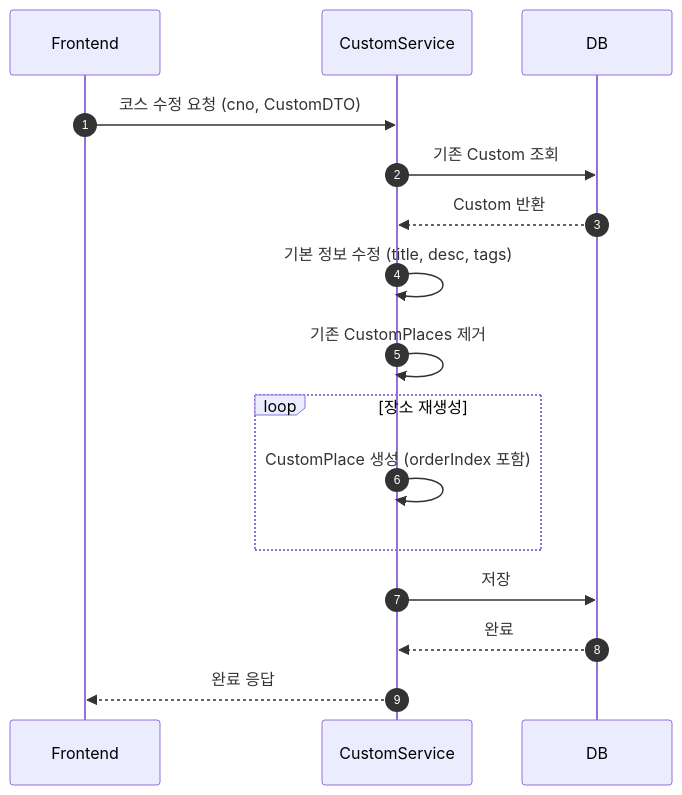
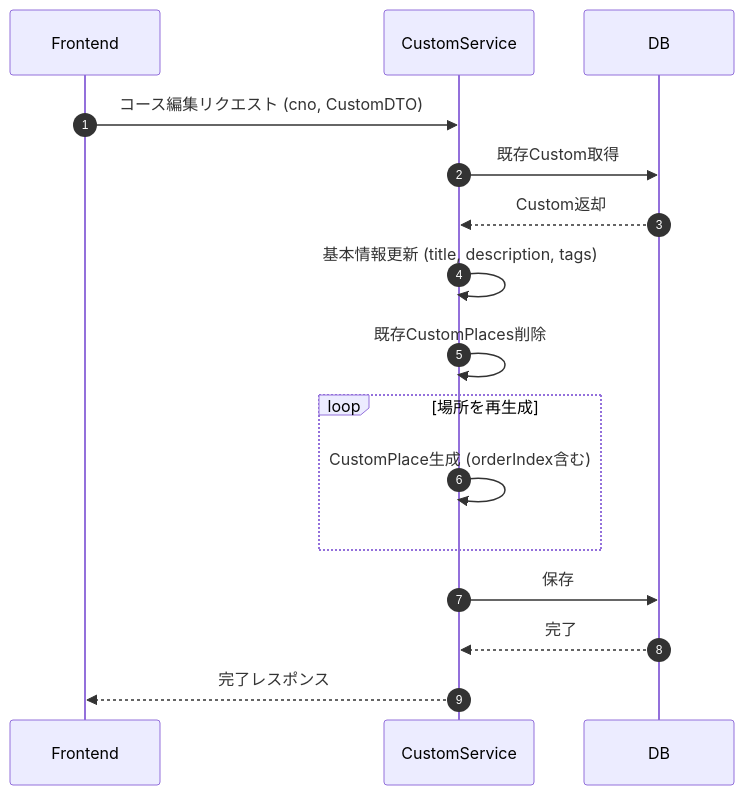
One commit to You-HyunHo/Final-Project changed the fourth of 10 diagrams in README_img/SEQUENCE.md. Above: the diagram before and after it, drawn with Mermaid. The commit also changed other lines of this file, not shown here.

````diff
--- a/README_img/SEQUENCE.md
+++ b/README_img/SEQUENCE.md
@@ -90,25 +91,25 @@
 ```mermaid
 sequenceDiagram
-autonumber
-participant FE as Frontend
-participant BE as CustomService
-participant DB
+    autonumber
+    participant FE as Frontend
+    participant BE as CustomService
+    participant DB
 
-    FE->>BE: 코스 수정 요청 (cno, CustomDTO)
+    FE->>BE: コース編集リクエスト (cno, CustomDTO)
 
-    BE->>DB: 기존 Custom 조회
-    DB-->>BE: Custom 반환
+    BE->>DB: 既存Custom取得
+    DB-->>BE: Custom返却
 
-    BE->>BE: 기본 정보 수정 (title, desc, tags)
+    BE->>BE: 基本情報更新 (title, description, tags)
 
-    BE->>BE: 기존 CustomPlaces 제거
+    BE->>BE: 既存CustomPlaces削除
 
-    loop 장소 재생성
-        BE->>BE: CustomPlace 생성 (orderIndex 포함)
+    loop 場所を再生成
+        BE->>BE: CustomPlace生成 (orderIndex含む)
     end
 
-    BE->>DB: 저장
-    DB-->>BE: 완료
+    BE->>DB: 保存
+    DB-->>BE: 完了
 
-    BE-->>FE: 완료 응답
+    BE-->>FE: 完了レスポンス
 ```
````
